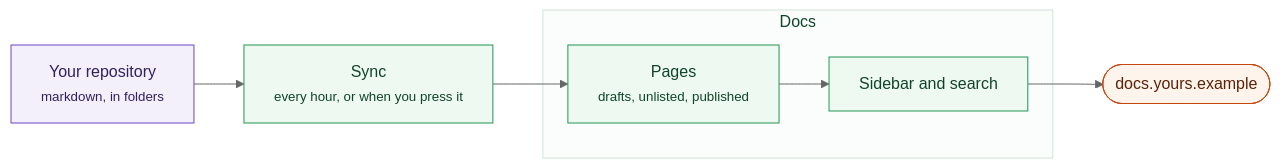
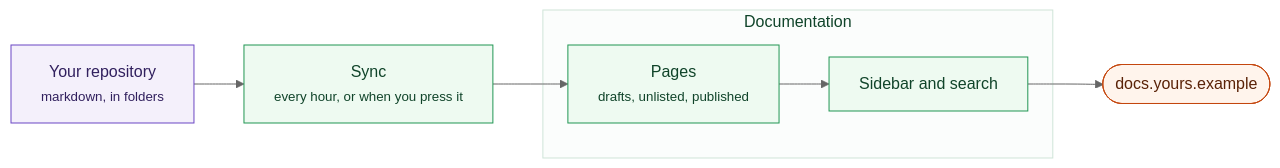
Before and after one commit to Sentrello/Sentrello: the first of 2 diagrams in docs/site/05-modules/docs.md, drawn with Mermaid (neutral theme). The commit also changed other lines of this file and 2 other files, not shown here.

````diff
--- a/docs/site/05-modules/docs.md
+++ b/docs/site/05-modules/docs.md
@@ -18,17 +18,17 @@
 ```mermaid
 flowchart LR
   classDef screen fill:#eef4ff,stroke:#3b6fd4,color:#16305e
   classDef own fill:#eefaf1,stroke:#219653,color:#10442a
   classDef out fill:#f4f0fb,stroke:#6b47c4,color:#31205e
   classDef pub fill:#fff4ec,stroke:#c4470f,color:#5a2207
   REPO["Your repository<br/><small>markdown, in folders</small>"]:::out
   SYNC["Sync<br/><small>every hour, or when you press it</small>"]:::own
-  subgraph OWN[" Docs "]
+  subgraph OWN[" Documentation "]
     PAGES["Pages<br/><small>drafts, unlisted, published</small>"]:::own
     NAV["Sidebar and search"]:::own
   end
   SITE(["docs.yours.example"]):::pub
 
   REPO --> SYNC --> PAGES --> NAV --> SITE
   style OWN fill:#fbfdfc,stroke:#cfe4d8,color:#10442a
 ```
````
